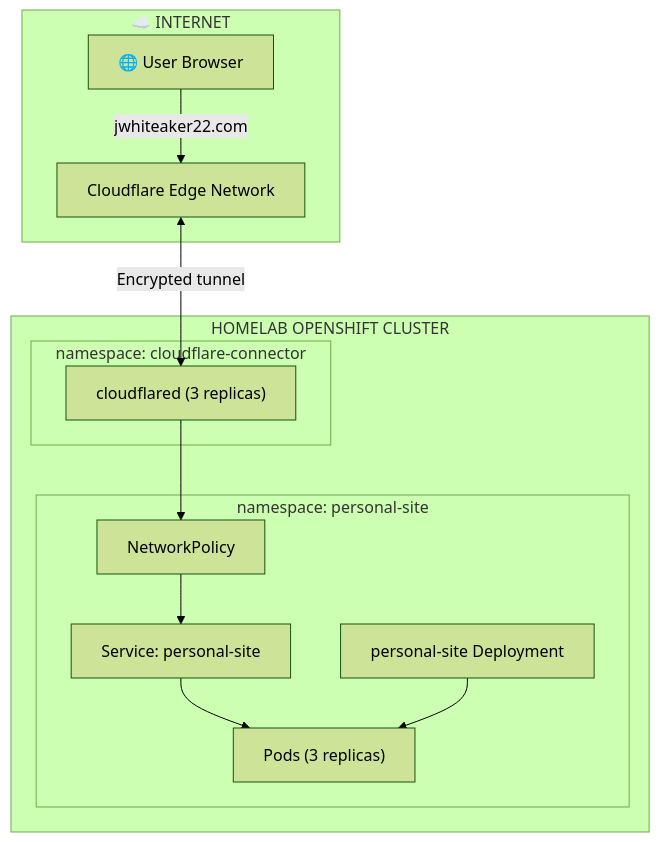
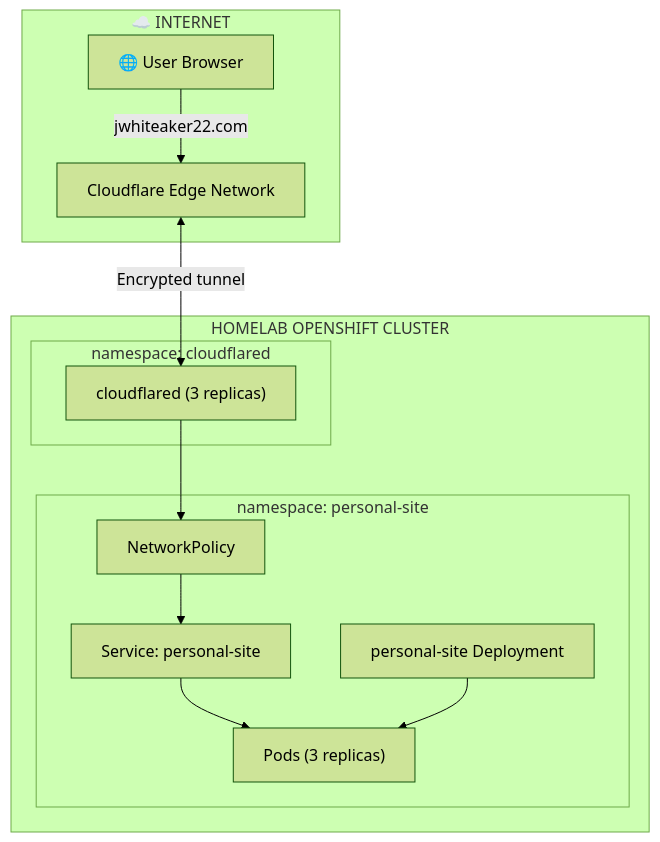
Before and after one commit to josephaw1022/PersonalWebsite: the diagram in README.md, drawn with Mermaid (forest theme). The commit also changed 3 other files, not shown here.

Commit message:
fix(helm): align cloudflared namespace selector with cluster namespace

````diff
--- a/README.md
+++ b/README.md
@@ -11,27 +11,27 @@
 ```mermaid
 flowchart TB
     subgraph INTERNET["☁️ INTERNET"]
         USER["🌐 User Browser"]
         CF["Cloudflare Edge Network"]
     end
 
     subgraph CLUSTER["HOMELAB OPENSHIFT CLUSTER"]
-        subgraph NS_CF["namespace: cloudflare-connector"]
+        subgraph NS_CF["namespace: cloudflared"]
             CFLD["cloudflared (3 replicas)"]
         end
 
         subgraph NS_SITE["namespace: personal-site"]
             NP["NetworkPolicy"]
             SVC["Service: personal-site"]
             DEPLOY["personal-site Deployment"]
             PODS["Pods (3 replicas)"]
         end
     end
 
     USER -->|"jwhiteaker22.com"| CF
     CF <-->|"Encrypted tunnel"| CFLD
     CFLD --> NP
     NP --> SVC
     SVC --> PODS
     DEPLOY --> PODS
 ```
````
